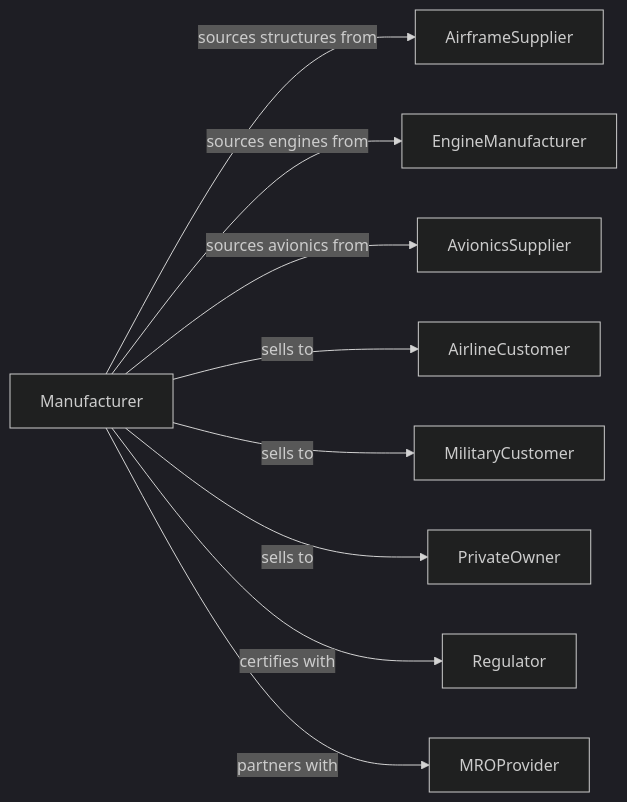
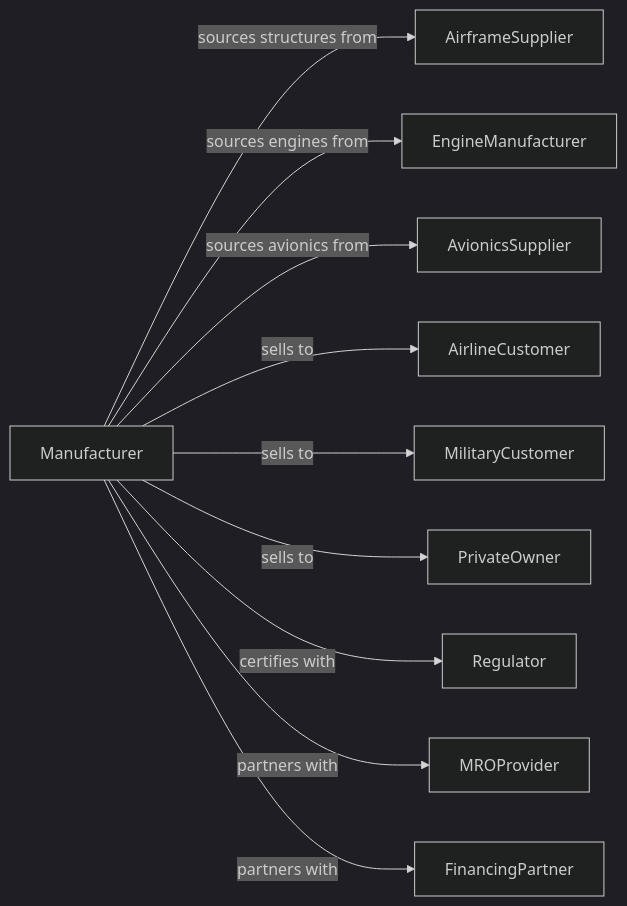
One commit to dot-org-ai/industries.org.ai changed the second of 2 diagrams in Manufacturing/TransportationEquipmentManufacturing/AerospaceProductAndPartsManufacturing/AircraftManufacturing.mdx. Above: the diagram before and after it, drawn with Mermaid (dark theme). The commit also changed other lines of this file and 588 other files, not shown here.

````diff
--- a/Manufacturing/TransportationEquipmentManufacturing/AerospaceProductAndPartsManufacturing/AircraftManufacturing.mdx
+++ b/Manufacturing/TransportationEquipmentManufacturing/AerospaceProductAndPartsManufacturing/AircraftManufacturing.mdx
@@ -124,13 +124,14 @@
 ```mermaid
 graph LR
     M[Manufacturer]
 
     M -->|sources structures from| AirframeSupplier
     M -->|sources engines from| EngineManufacturer
     M -->|sources avionics from| AvionicsSupplier
     M -->|sells to| AirlineCustomer
     M -->|sells to| MilitaryCustomer
     M -->|sells to| PrivateOwner
     M -->|certifies with| Regulator
     M -->|partners with| MROProvider
+    M -->|partners with| FinancingPartner
 ```
````
